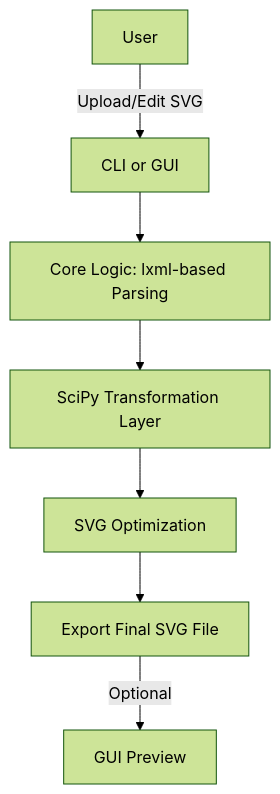
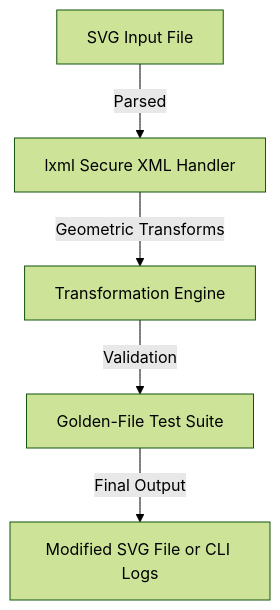
The diagram in README.md (EF361/svg_editor), drawn with Mermaid (forest theme) before and after one commit. The commit also changed other lines of this file, not shown here.

````diff
--- a/README.md
+++ b/README.md
@@ -21,9 +27,7 @@
 ```mermaid
-graph TD
-    A[User] -->|Upload/Edit SVG| B[CLI or GUI]
-    B --> C[Core Logic: lxml-based Parsing]
-    C --> D[SciPy Transformation Layer]
-    D --> E[SVG Optimization]
-    E --> F[Export Final SVG File]
-    F -->|Optional| G[GUI Preview]
+flowchart TD
+    A[SVG Input File] -->|Parsed| B[lxml Secure XML Handler]
+    B -->|Geometric Transforms| C[Transformation Engine]
+    C -->|Validation| D[Golden-File Test Suite]
+    D -->|Final Output| E[Modified SVG File or CLI Logs]
 ```
````
